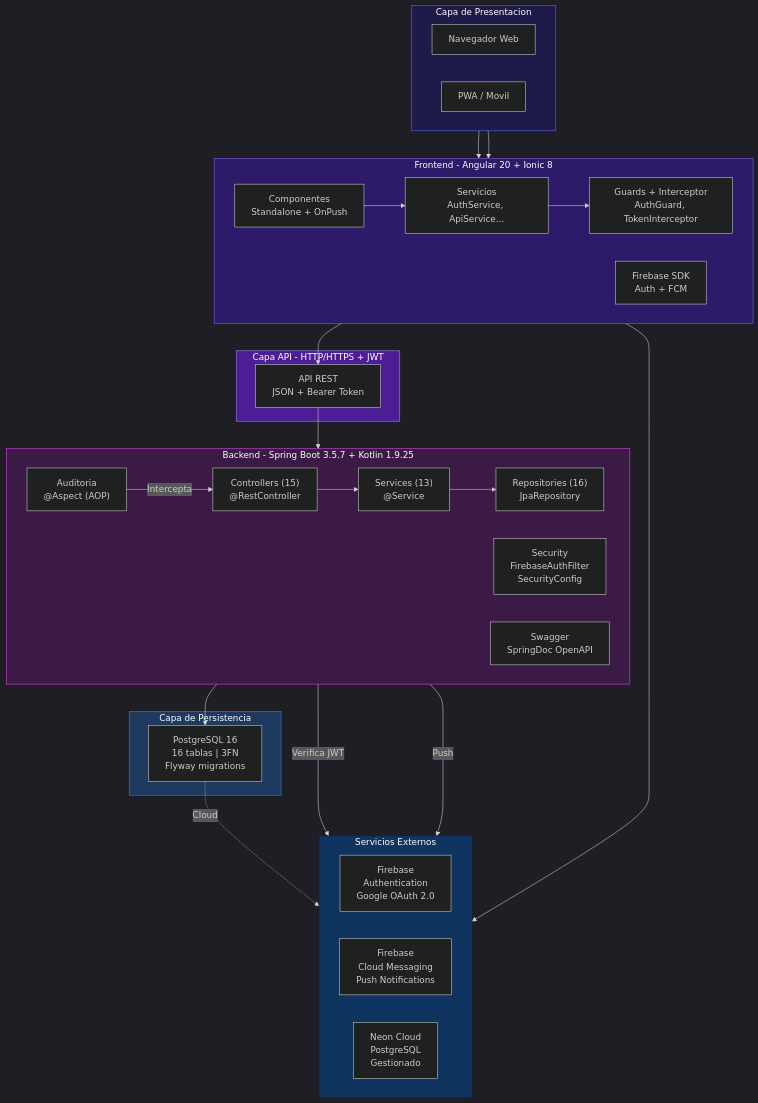
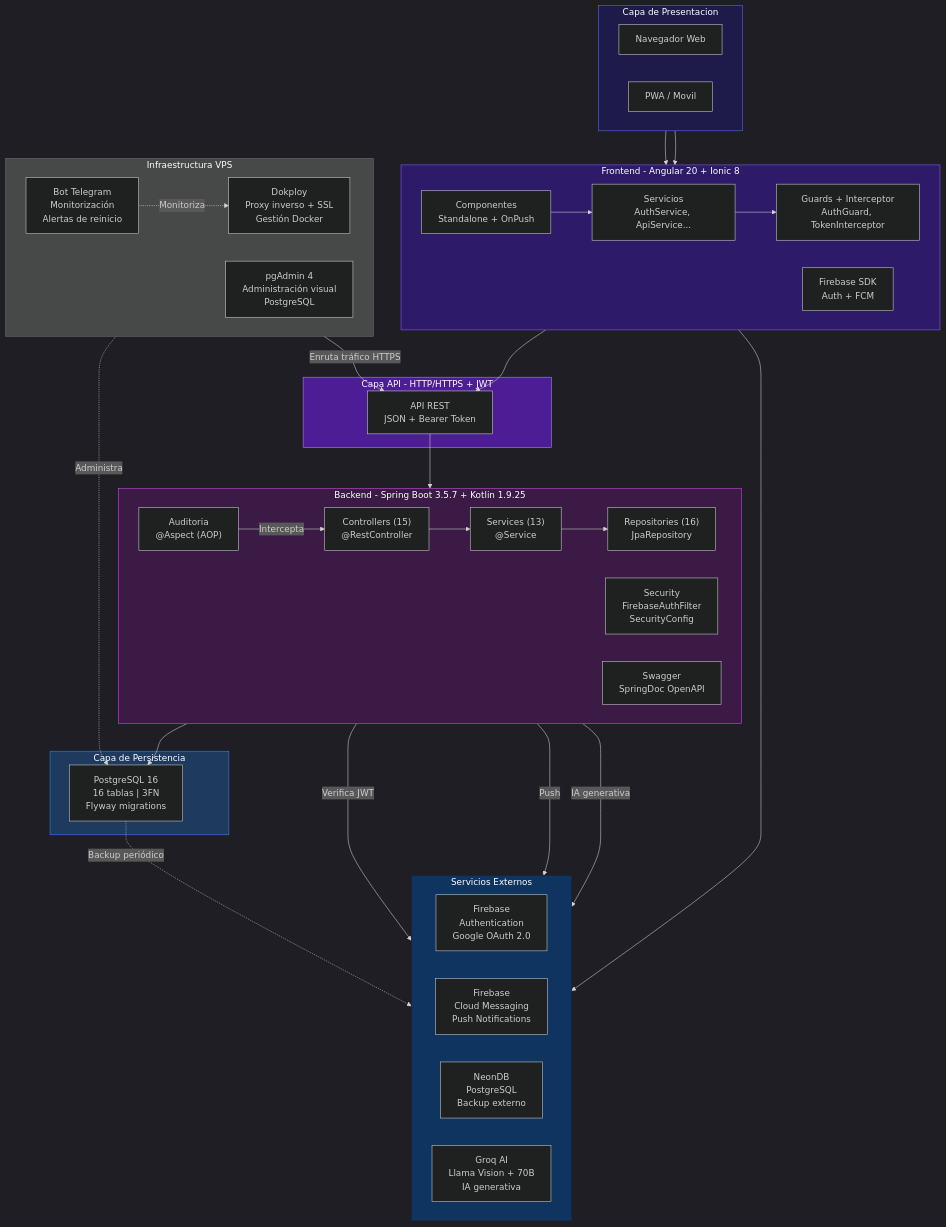
Before and after one commit to JesusDev-code/TFG-DevNexus: the third of 11 diagrams in documentación/TFG_DevNexus_Documentacion.md, drawn with Mermaid. The commit also changed other lines of this file and 48 other files, not shown here.

````diff
--- a/documentación/TFG_DevNexus_Documentacion.md
+++ b/documentación/TFG_DevNexus_Documentacion.md
@@ -929,65 +948,77 @@
 ```mermaid
 %%{init: {'theme': 'dark'}}%%
 graph TB
     subgraph ClientLayer["Capa de Presentacion"]
         direction LR
         Browser["Navegador Web"]
         PWA["PWA / Movil"]
     end
 
     subgraph FrontendLayer["Frontend - Angular 20 + Ionic 8"]
         direction LR
         Components["Componentes<br/>Standalone + OnPush"]
         Services["Servicios<br/>AuthService, ApiService..."]
         GuardsInt["Guards + Interceptor<br/>AuthGuard, TokenInterceptor"]
         FirebaseFE["Firebase SDK<br/>Auth + FCM"]
     end
 
     subgraph APILayer["Capa API - HTTP/HTTPS + JWT"]
         API["API REST<br/>JSON + Bearer Token"]
     end
 
     subgraph BackendLayer["Backend - Spring Boot 3.5.7 + Kotlin 1.9.25"]
         direction LR
         Controllers["Controllers (15)<br/>@RestController"]
         ServicesBE["Services (13)<br/>@Service"]
         Repositories["Repositories (16)<br/>JpaRepository"]
         SecurityBE["Security<br/>FirebaseAuthFilter<br/>SecurityConfig"]
         AuditBE["Auditoria<br/>@Aspect (AOP)"]
         SwaggerBE["Swagger<br/>SpringDoc OpenAPI"]
     end
 
     subgraph DataLayer["Capa de Persistencia"]
         PostgreSQL["PostgreSQL 16<br/>16 tablas | 3FN<br/>Flyway migrations"]
     end
 
+    subgraph InfraLayer["Infraestructura VPS"]
+        direction LR
+        Dokploy["Dokploy<br/>Proxy inverso + SSL<br/>Gestión Docker"]
+        PgAdmin["pgAdmin 4<br/>Administración visual<br/>PostgreSQL"]
+        TelegramBot["Bot Telegram<br/>Monitorización<br/>Alertas de reinicio"]
+    end
+
     subgraph ExternalLayer["Servicios Externos"]
         direction LR
         GAuth["Firebase<br/>Authentication<br/>Google OAuth 2.0"]
         GFCM["Firebase<br/>Cloud Messaging<br/>Push Notifications"]
-        Neon["Neon Cloud<br/>PostgreSQL<br/>Gestionado"]
+        Neon["NeonDB<br/>PostgreSQL<br/>Backup externo"]
+        GroqAI["Groq AI<br/>Llama Vision + 70B<br/>IA generativa"]
     end
 
     Browser --> FrontendLayer
     PWA --> FrontendLayer
     Components --> Services
     Services --> GuardsInt
     GuardsInt --> API
     FirebaseFE --> GAuth
 
+    Dokploy -->|"Enruta tráfico HTTPS"| API
     API --> Controllers
     Controllers --> ServicesBE
     ServicesBE --> Repositories
     Repositories --> PostgreSQL
     SecurityBE -->|"Verifica JWT"| GAuth
     ServicesBE -->|"Push"| GFCM
+    ServicesBE -->|"IA generativa"| GroqAI
     AuditBE -->|"Intercepta"| Controllers
-    PostgreSQL -.->|"Cloud"| Neon
+    PostgreSQL -.->|"Backup periódico"| Neon
+    PgAdmin -.->|"Administra"| PostgreSQL
+    TelegramBot -.->|"Monitoriza"| Dokploy
 
     style ClientLayer fill:#1e1b4b,stroke:#6366f1,color:#fff
     style FrontendLayer fill:#2d1b69,stroke:#8b5cf6,color:#fff
     style APILayer fill:#4c1d95,stroke:#a78bfa,color:#fff
     style BackendLayer fill:#3b1a45,stroke:#d946ef,color:#fff
     style DataLayer fill:#1e3a5f,stroke:#3b82f6,color:#fff
     style ExternalLayer fill:#0f3460,stroke:#16213e,color:#fff
 ```
````
